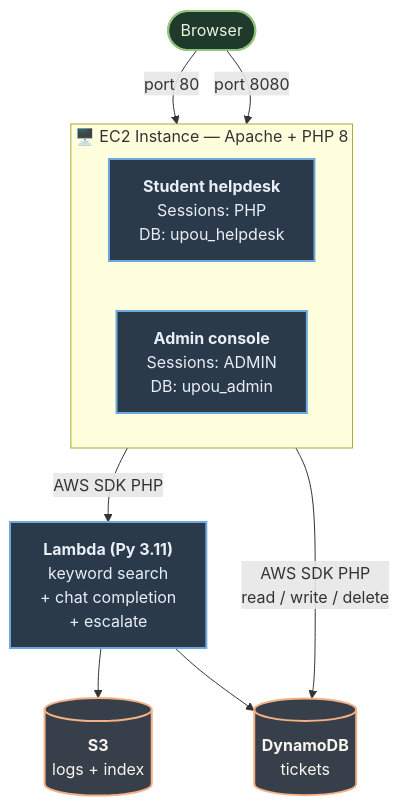
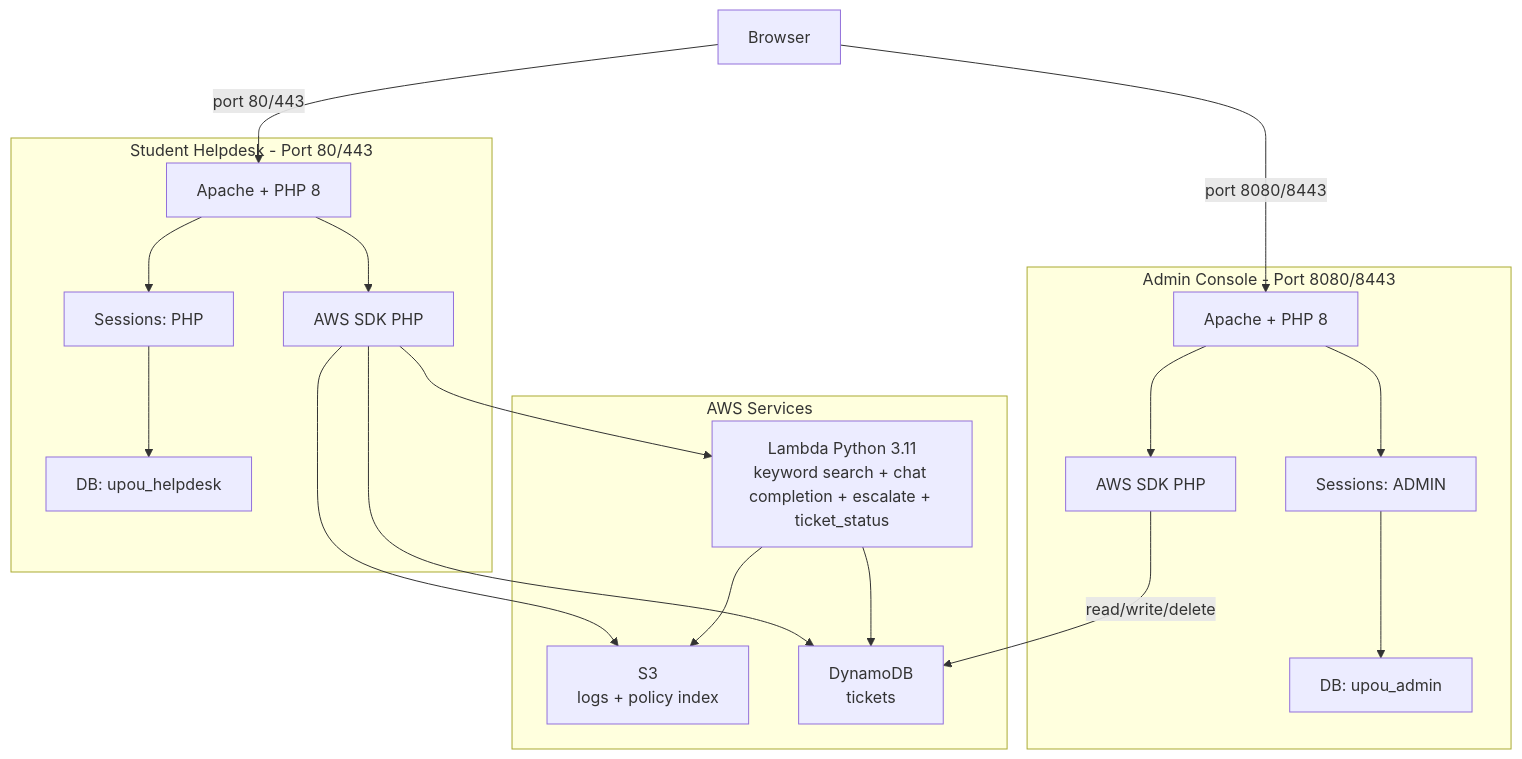
Before and after one commit to abalmalvez-lab/upou-helpdesk_v1: the diagram in Documentations/ARCHITECTURE.md, drawn with Mermaid. The commit also changed other lines of this file and 15 other files, not shown here.

````diff
--- a/Documentations/ARCHITECTURE.md
+++ b/Documentations/ARCHITECTURE.md
@@ -9,32 +9,42 @@
 ```mermaid
-flowchart TD
-    Browser([Browser])
+graph TD
+    Browser[Browser]
 
-    subgraph EC2 ["🖥️ EC2 Instance — Apache + PHP 8"]
-        direction LR
-        Student["<b>Student helpdesk</b><br/>Sessions: PHP<br/>DB: upou_helpdesk"]
-        Admin["<b>Admin console</b><br/>Sessions: ADMIN<br/>DB: upou_admin"]
+    subgraph Student_App["Student Helpdesk - Port 80/443"]
+        StudentApache[Apache + PHP 8]
+        StudentSessions[Sessions: PHP]
+        StudentDB[DB: upou_helpdesk]
+        StudentSDK[AWS SDK PHP]
     end
 
-    Lambda["<b>Lambda (Py 3.11)</b><br/>keyword search<br/>+ chat completion<br/>+ escalate"]
+    subgraph Admin_App["Admin Console - Port 8080/8443"]
+        AdminApache[Apache + PHP 8]
+        AdminSessions[Sessions: ADMIN]
+        AdminDB[DB: upou_admin]
+        AdminSDK[AWS SDK PHP]
+    end
 
-    S3[("<b>S3</b><br/>logs + index")]
-    DDB[("<b>DynamoDB</b><br/>tickets")]
+    subgraph AWS_Services["AWS Services"]
+        Lambda[Lambda Python 3.11<br/>keyword search + chat completion + escalate + ticket_status]
+        S3[S3<br/>logs + policy index]
+        DynamoDB[DynamoDB<br/>tickets]
+    end
 
-    Browser -- "port 80" --> Student
-    Browser -- "port 8080" --> Admin
+    Browser -->|port 80/443| StudentApache
+    Browser -->|port 8080/8443| AdminApache
 
-    Student -- "AWS SDK PHP" --> Lambda
-    Admin -- "AWS SDK PHP<br/>read / write / delete" --> DDB
+    StudentApache --> StudentSessions
+    StudentSessions --> StudentDB
+    StudentApache --> StudentSDK
+    StudentSDK --> Lambda
+    StudentSDK --> S3
+    StudentSDK --> DynamoDB
+
+    AdminApache --> AdminSessions
+    AdminSessions --> AdminDB
+    AdminApache --> AdminSDK
+    AdminSDK -->|read/write/delete| DynamoDB
 
     Lambda --> S3
-    Lambda --> DDB
-
-    classDef svc  fill:#2b3a4a,stroke:#6fa8dc,color:#e8eef7,stroke-width:2px
-    classDef db   fill:#37404a,stroke:#f4b183,color:#f8f4ee,stroke-width:2px
-    classDef user fill:#1f3a2a,stroke:#93c47d,color:#eaf4e1,stroke-width:2px
-
-    class Student,Admin,Lambda svc
-    class S3,DDB db
-    class Browser user
+    Lambda --> DynamoDB
 ```
````
